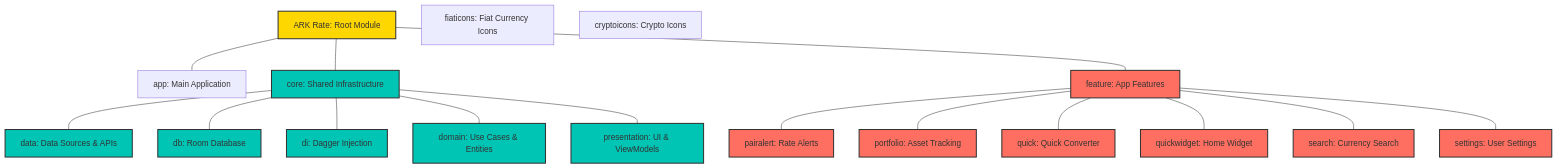
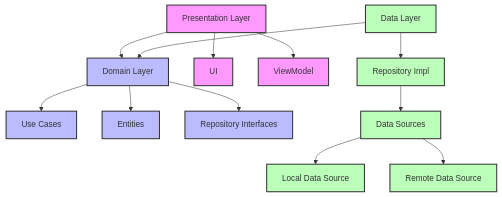
Before and after one commit to ARK-Builders/ARK-Rate: the diagram in README.md, drawn with Mermaid. The commit also changed other lines of this file, not shown here.

````diff
--- a/README.md
+++ b/README.md
@@ -42,49 +42,27 @@
 ```mermaid
 graph TD
-    A[ARK Rate] --- B[app]
-    A --- C[core]
-    A --- D[feature]
+    %% Presentation Layer
+    A[Presentation Layer] --> B[Domain Layer]
+    A --> C[UI]
+    A --> D[ViewModel]
 
-    C --- C1[data]
-    C --- C2[db]
-    C --- C3[di]
-    C --- C4[domain]
-    C --- C5[presentation]
+    %% Domain Layer
+    B --> E[Use Cases]
+    B --> F[Entities]
+    B --> G[Repository Interfaces]
 
-    D --- D1[pairalert]
-    D --- D2[portfolio]
-    D --- D3[quick]
-    D --- D4[quickwidget]
-    D --- D5[search]
-    D --- D6[settings]
+    %% Data Layer
+    H[Data Layer] --> B
+    H --> I[Repository Impl]
+    I --> J[Data Sources]
+    J --> K[Local Data Source]
+    J --> L[Remote Data Source]
 
-    %% Styling for visual appeal
-    classDef root fill:#FFD700,stroke:#333,stroke-width:2px,border-radius:10px;
-    classDef core fill:#00C4B4,stroke:#333,stroke-width:2px,border-radius:5px;
-    classDef feature fill:#FF6F61,stroke:#333,stroke-width:2px,border-radius:5px;
-    classDef assets fill:#9370DB,stroke:#333,stroke-width:2px,border-radius:5px;
-
-    class A root;
-    class C,C1,C2,C3,C4,C5 core;
-    class D,D1,D2,D3,D4,D5,D6 feature;
-    class E,F assets;
-
-    %% Node labels with context
-    A[ARK Rate: Root Module]
-    B[app: Main Application]
-    C[core: Shared Infrastructure]
-    C1[data: Data Sources & APIs]
-    C2[db: Room Database]
-    C3[di: Dagger Injection]
-    C4[domain: Use Cases & Entities]
-    C5[presentation: UI & ViewModels]
-    D[feature: App Features]
-    D1[pairalert: Rate Alerts]
-    D2[portfolio: Asset Tracking]
-    D3[quick: Quick Converter]
-    D4[quickwidget: Home Widget]
-    D5[search: Currency Search]
-    D6[settings: User Settings]
-    E[fiaticons: Fiat Currency Icons]
-    F[cryptoicons: Crypto Icons]
+    %% Styling
+    classDef presentation fill:#f9f,stroke:#333,stroke-width:2px
+    classDef domain fill:#bbf,stroke:#333,stroke-width:2px
+    classDef data fill:#bfb,stroke:#333,stroke-width:2px
+    class A,C,D presentation
+    class B,E,F,G domain
+    class H,I,J,K,L data
 ```
````
